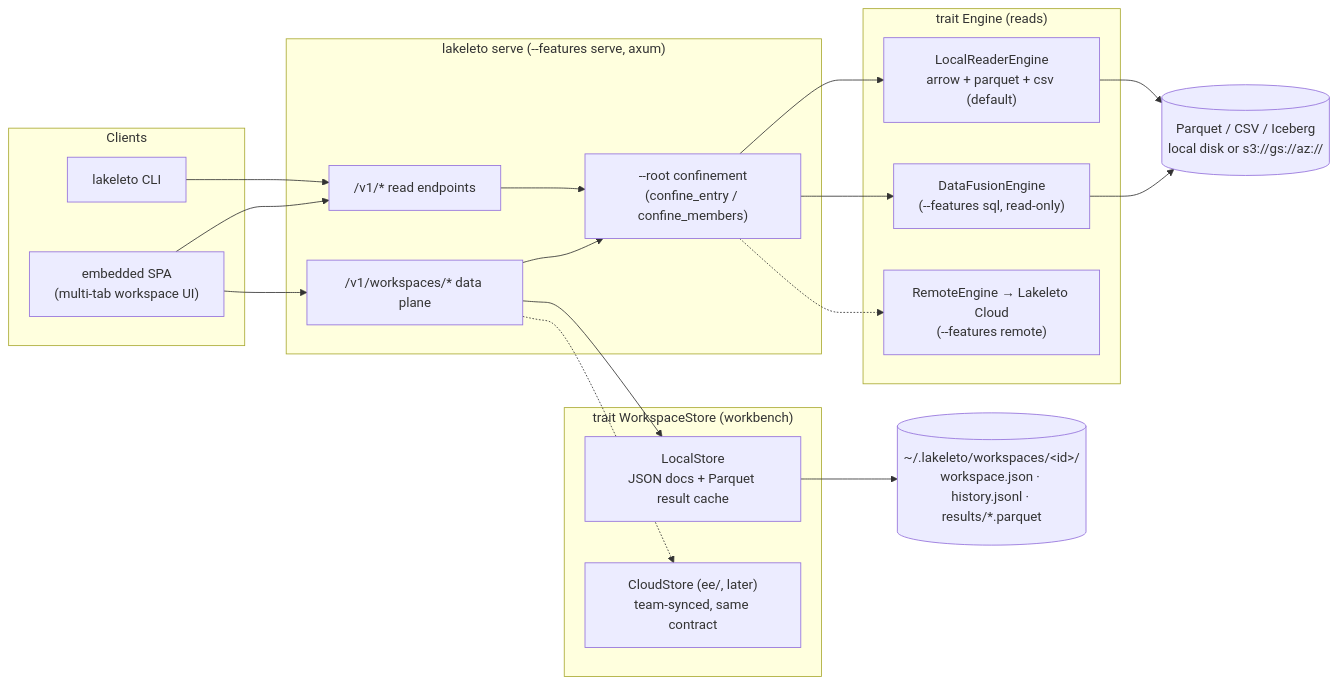
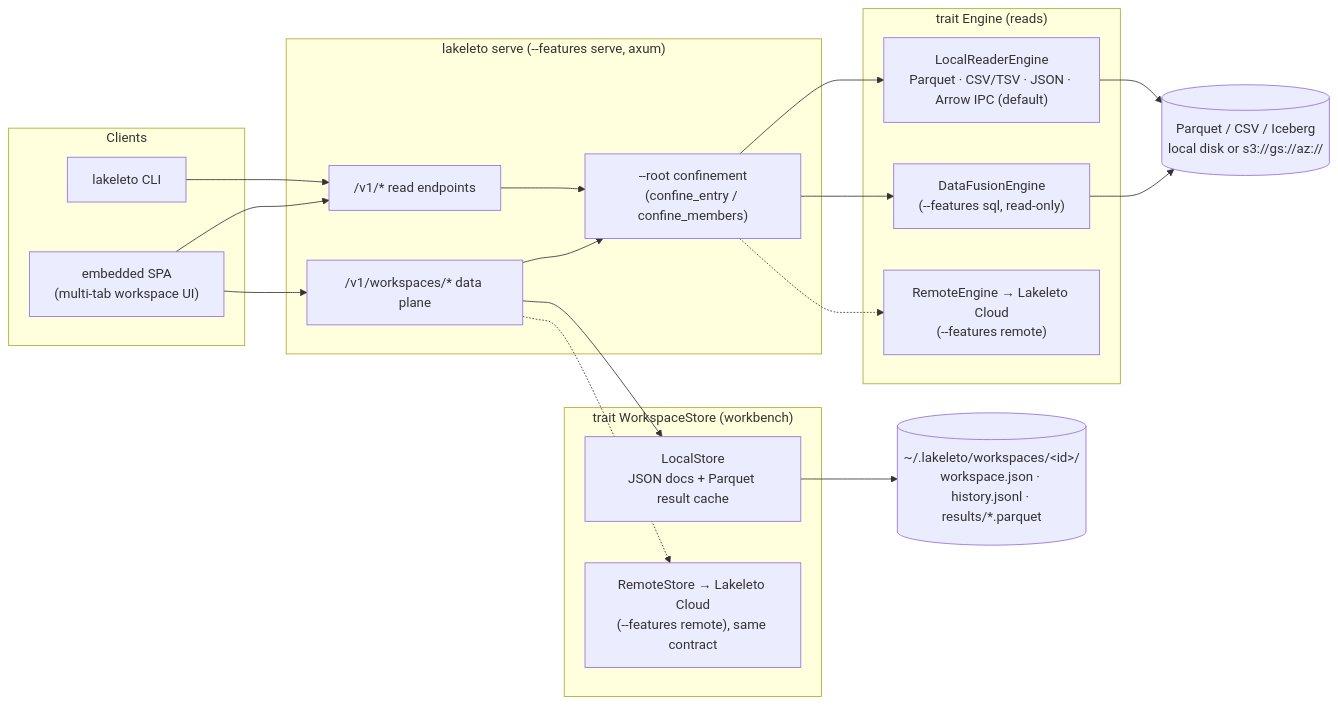
Before and after one commit to lucheeseng827/lakeleto: the first of 2 diagrams in README.md, drawn with Mermaid. The commit also changed other lines of this file and 74 other files, not shown here.

````diff
--- a/README.md
+++ b/README.md
@@ -43,36 +47,36 @@
 ```mermaid
 flowchart LR
     subgraph clients [Clients]
         CLI[lakeleto CLI]
         SPA["embedded SPA<br/>(multi-tab workspace UI)"]
     end
     subgraph server ["lakeleto serve (--features serve, axum)"]
         API["/v1/* read endpoints"]
         WSAPI["/v1/workspaces/* data plane"]
         GUARD["--root confinement<br/>(confine_entry / confine_members)"]
     end
     subgraph engines ["trait Engine (reads)"]
-        LOCAL["LocalReaderEngine<br/>arrow + parquet + csv (default)"]
+        LOCAL["LocalReaderEngine<br/>Parquet · CSV/TSV · JSON · Arrow IPC (default)"]
         SQL["DataFusionEngine<br/>(--features sql, read-only)"]
         REMOTE["RemoteEngine → Lakeleto Cloud<br/>(--features remote)"]
     end
     subgraph stores ["trait WorkspaceStore (workbench)"]
         LS["LocalStore<br/>JSON docs + Parquet result cache"]
-        CS["CloudStore (ee/, later)<br/>team-synced, same contract"]
+        CS["RemoteStore → Lakeleto Cloud<br/>(--features remote), same contract"]
     end
     DATA[("Parquet / CSV / Iceberg<br/>local disk or s3://gs://az://")]
     HOME[("~/.lakeleto/workspaces/&lt;id&gt;/<br/>workspace.json · history.jsonl · results/*.parquet")]
 
     CLI --> API
     SPA --> API
     SPA --> WSAPI
     API --> GUARD --> LOCAL
     GUARD --> SQL
     GUARD -.-> REMOTE
     WSAPI --> GUARD
     WSAPI --> LS
     WSAPI -.-> CS
     LOCAL --> DATA
     SQL --> DATA
     LS --> HOME
 ```
````
